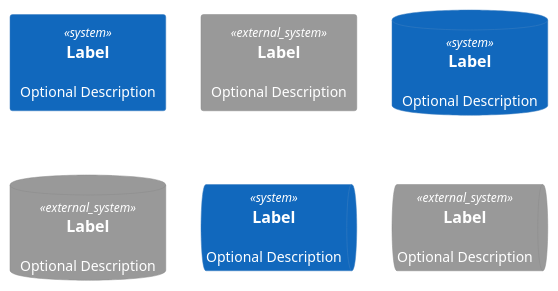
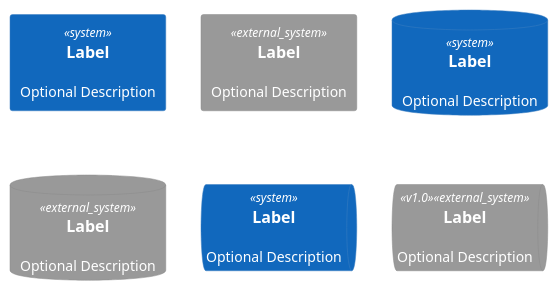
Before and after one commit to la-fabrique/plantuml-serializer: the diagram in src/__tests__/workspaces/system.puml, drawn with PlantUML. The commit also changed 8 other files, not shown here.

```diff
--- a/src/__tests__/workspaces/system.puml
+++ b/src/__tests__/workspaces/system.puml
@@ -1,9 +1,9 @@
 @startuml
 !include https://raw.githubusercontent.com/plantuml-stdlib/C4-PlantUML/master/C4_Context.puml
 System(systemAlias, "Label", "Optional Description", $link="https://github.com/plantuml-stdlib/C4-PlantUML")
 System_Ext(systemExtAlias, "Label", "Optional Description", $link="https://github.com/plantuml-stdlib/C4-PlantUML")
 SystemDb(systemDbAlias, "Label", "Optional Description", $link="https://github.com/plantuml-stdlib/C4-PlantUML")
 SystemDb_Ext(systemDbExtAlias, "Label", "Optional Description", $link="https://github.com/plantuml-stdlib/C4-PlantUML")
 SystemQueue(systemQueueAlias, "Label", "Optional Description", $link="https://github.com/plantuml-stdlib/C4-PlantUML")
-SystemQueue_Ext(systemQueueExtAlias, "Label", "Optional Description", $link="https://github.com/plantuml-stdlib/C4-PlantUML")
+SystemQueue_Ext(systemQueueExtAlias, "Label", "Optional Description", $tags="v1.0", $link="https://github.com/plantuml-stdlib/C4-PlantUML")
 @enduml
```
